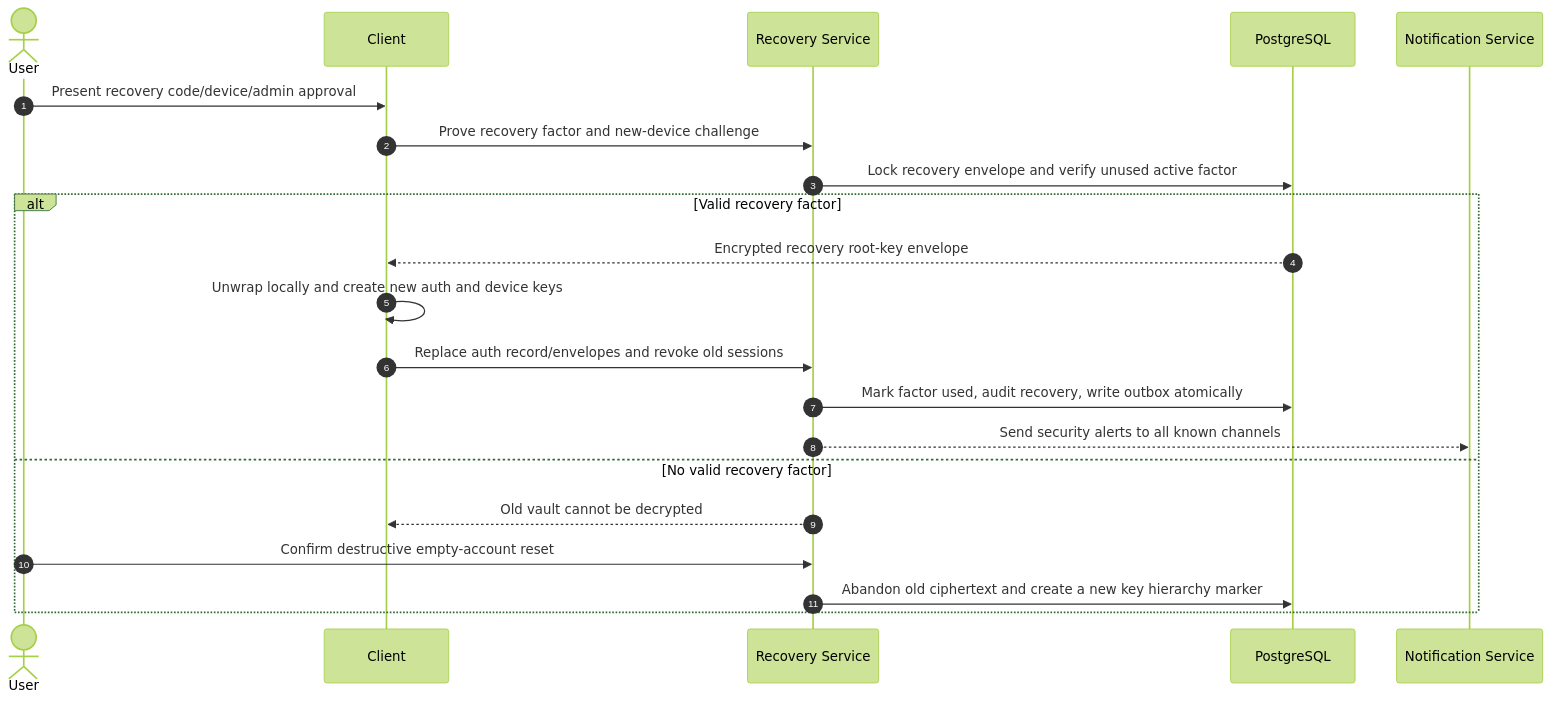
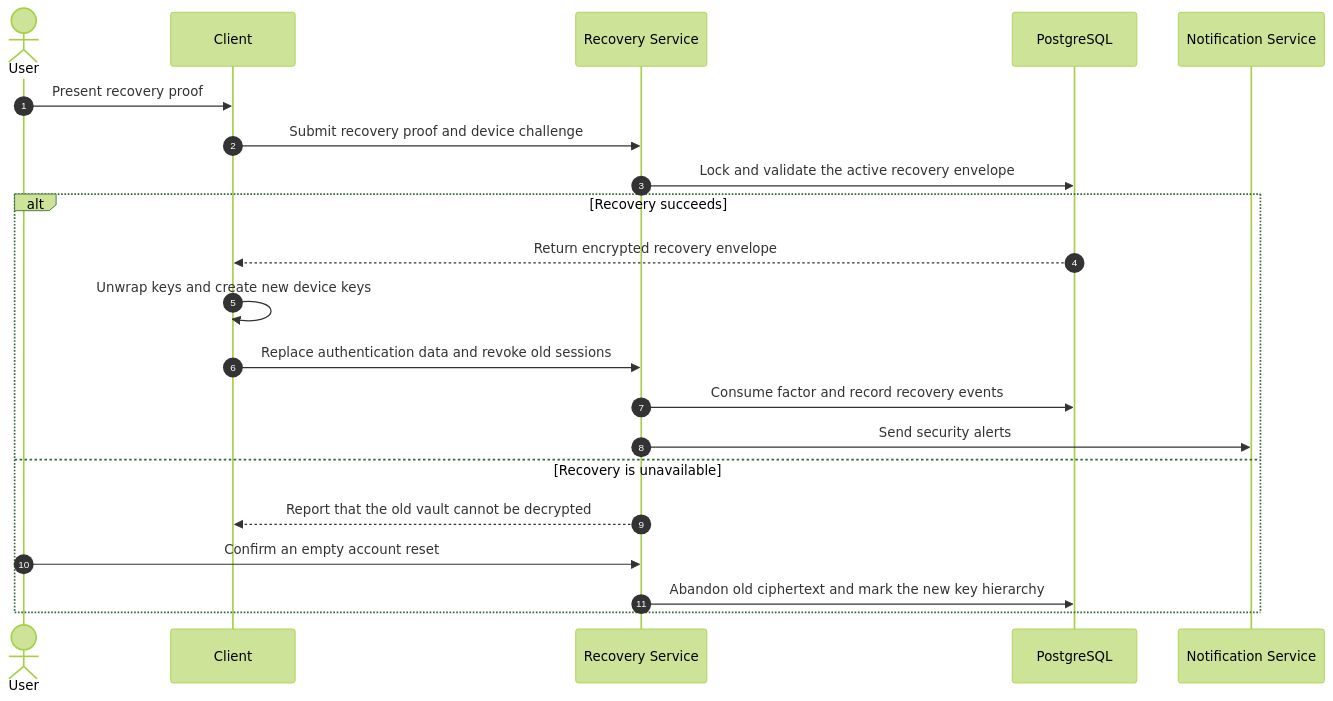
Before and after one commit to phongnguyend/Practical.DevSecOps: the seventh of 7 diagrams in System Designs/Password Manager/README.md, drawn with Mermaid (forest theme).

Commit message:
System Designs

````diff
--- a/System Designs/Password Manager/README.md
+++ b/System Designs/Password Manager/README.md
@@ -704,24 +704,24 @@
 ```mermaid
 sequenceDiagram
     autonumber
     actor User
     participant Client
     participant Auth as Recovery Service
     participant DB as PostgreSQL
     participant Notify as Notification Service
 
-    User->>Client: Present recovery code/device/admin approval
-    Client->>Auth: Prove recovery factor and new-device challenge
-    Auth->>DB: Lock recovery envelope and verify unused active factor
-    alt Valid recovery factor
-        DB-->>Client: Encrypted recovery root-key envelope
-        Client->>Client: Unwrap locally and create new auth and device keys
-        Client->>Auth: Replace auth record/envelopes and revoke old sessions
-        Auth->>DB: Mark factor used, audit recovery, write outbox atomically
-        Auth-->>Notify: Send security alerts to all known channels
-    else No valid recovery factor
-        Auth-->>Client: Old vault cannot be decrypted
-        User->>Auth: Confirm destructive empty-account reset
-        Auth->>DB: Abandon old ciphertext and create a new key hierarchy marker
+    User->>Client: Present recovery proof
+    Client->>Auth: Submit recovery proof and device challenge
+    Auth->>DB: Lock and validate the active recovery envelope
+    alt Recovery succeeds
+        DB-->>Client: Return encrypted recovery envelope
+        Client->>Client: Unwrap keys and create new device keys
+        Client->>Auth: Replace authentication data and revoke old sessions
+        Auth->>DB: Consume factor and record recovery events
+        Auth->>Notify: Send security alerts
+    else Recovery is unavailable
+        Auth-->>Client: Report that the old vault cannot be decrypted
+        User->>Auth: Confirm an empty account reset
+        Auth->>DB: Abandon old ciphertext and mark the new key hierarchy
     end
 ```
````
